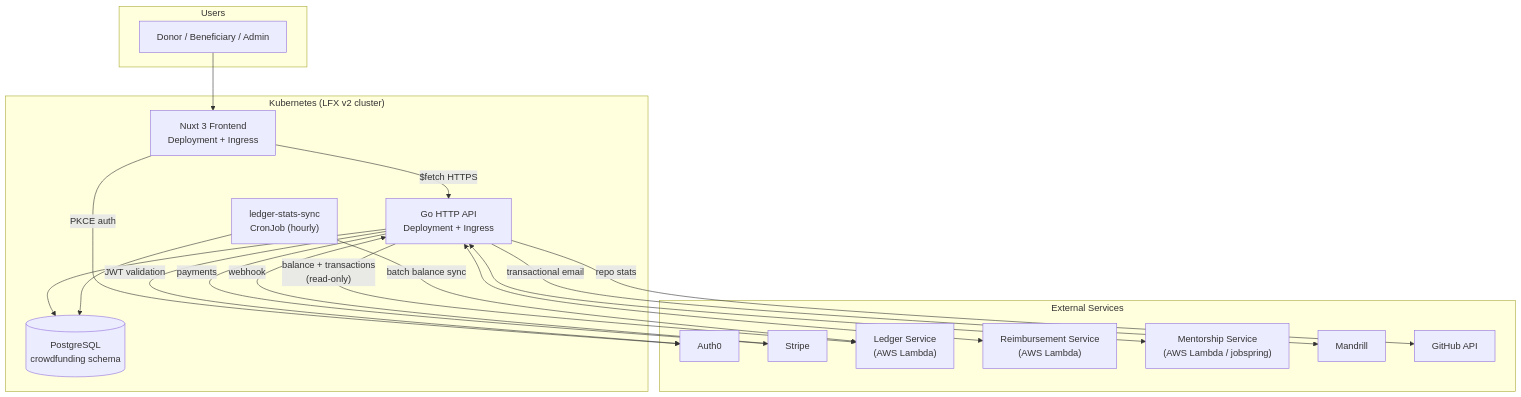
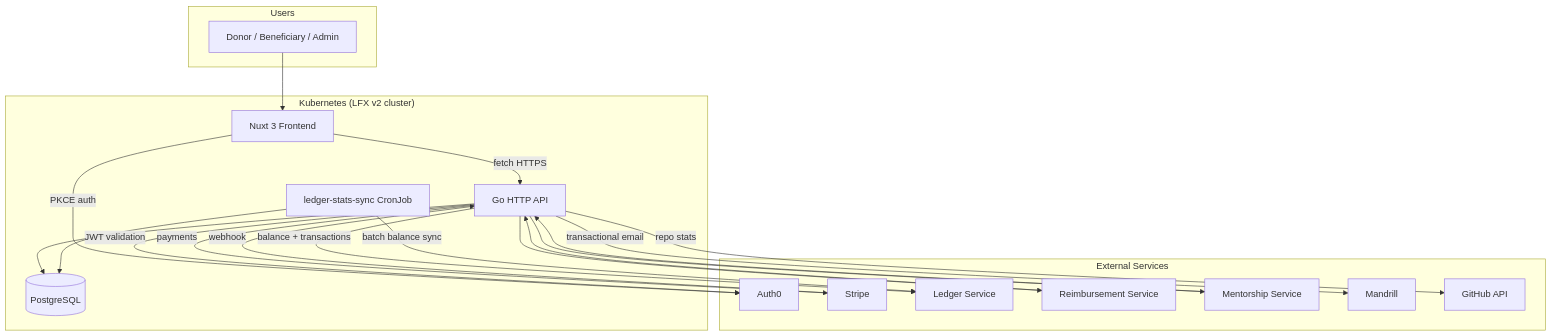
Before and after one commit to linuxfoundation/lfx-crowdfunding: the first of 8 diagrams in docs/architecture.md, drawn with Mermaid. The commit also changed other lines of this file, not shown here.

First line of the commit message:
docs(architecture): fix Mermaid rendering issues

````diff
--- a/docs/architecture.md
+++ b/docs/architecture.md
@@ -9,39 +9,41 @@
 ```mermaid
 graph TB
     subgraph Users
         U[Donor / Beneficiary / Admin]
     end
 
     subgraph K8s["Kubernetes (LFX v2 cluster)"]
-        FE["Nuxt 3 Frontend\nDeployment + Ingress"]
-        API["Go HTTP API\nDeployment + Ingress"]
-        LSS["ledger-stats-sync\nCronJob (hourly)"]
-        DB[("PostgreSQL\ncrowdfunding schema")]
+        FE["Nuxt 3 Frontend"]
+        API["Go HTTP API"]
+        LSS["ledger-stats-sync CronJob"]
+        DB[("PostgreSQL")]
 
-        FE -- "$fetch HTTPS" --> API
+        FE -- "fetch HTTPS" --> API
         API --> DB
         LSS --> DB
     end
 
     subgraph External["External Services"]
         AUTH0[Auth0]
         STRIPE[Stripe]
-        LEDGER["Ledger Service\n(AWS Lambda)"]
-        RS["Reimbursement Service\n(AWS Lambda)"]
-        MENTORSHIP["Mentorship Service\n(AWS Lambda / jobspring)"]
+        LEDGER["Ledger Service"]
+        RS["Reimbursement Service"]
+        MENTORSHIP["Mentorship Service"]
         MANDRILL[Mandrill]
         GITHUB[GitHub API]
     end
 
     U --> FE
     FE -- "PKCE auth" --> AUTH0
     API -- "JWT validation" --> AUTH0
     API -- "payments" --> STRIPE
     STRIPE -- "webhook" --> API
-    API -- "balance + transactions\n(read-only)" --> LEDGER
+    API -- "balance + transactions" --> LEDGER
     LSS -- "batch balance sync" --> LEDGER
-    API <--> RS
-    API <--> MENTORSHIP
+    API --> RS
+    RS --> API
+    API --> MENTORSHIP
+    MENTORSHIP --> API
     API -- "transactional email" --> MANDRILL
     API -- "repo stats" --> GITHUB
 ```
````
